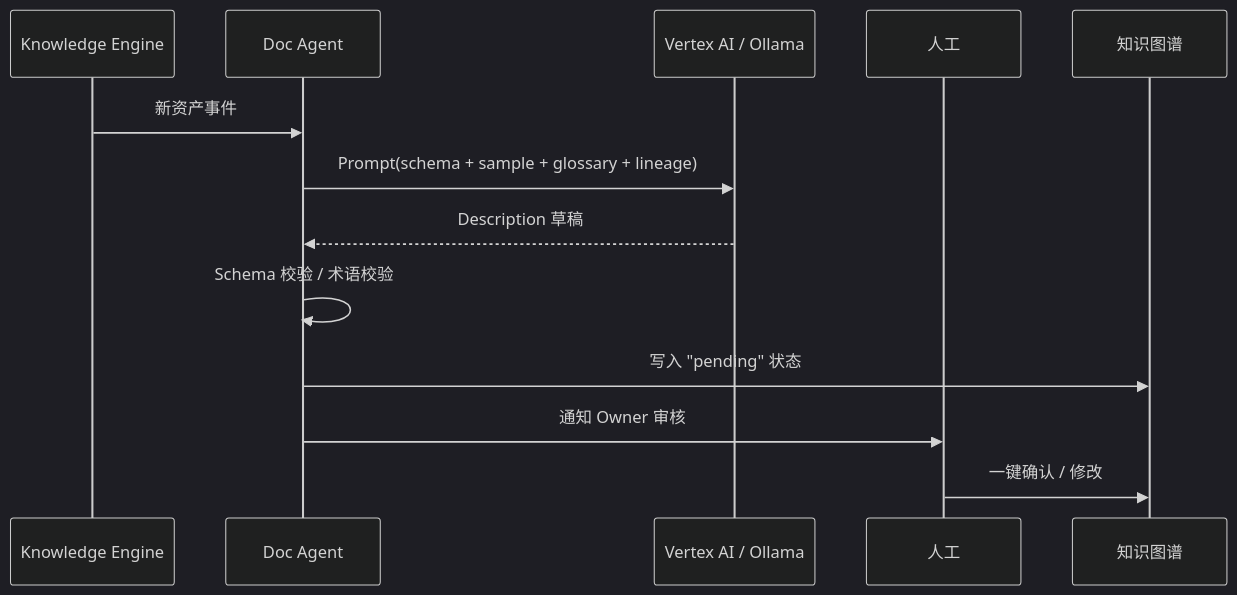
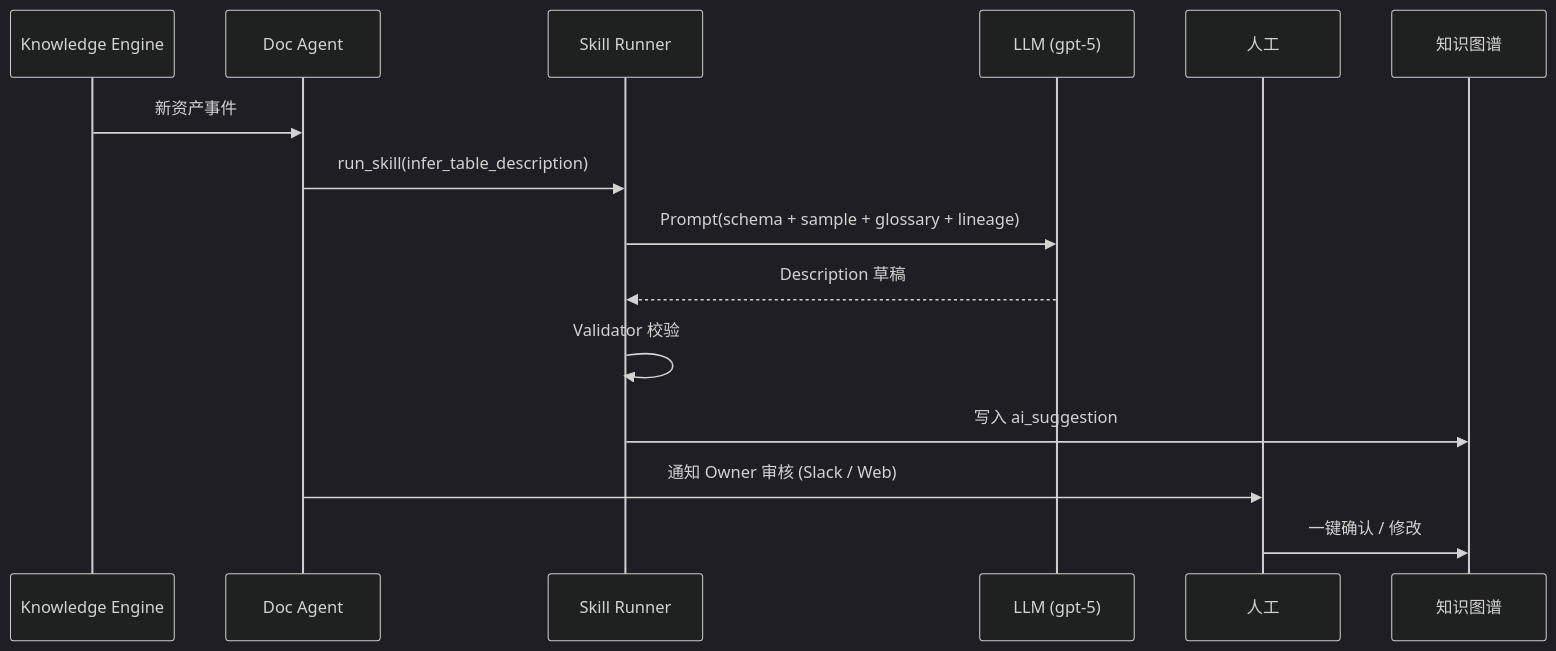
The third of 10 diagrams in docs/design/ai-driven-design.md (gavenlv/idm), drawn with Mermaid (dark theme) before and after one commit. The commit also changed other lines of this file and 92 other files, not shown here.

````diff
--- a/docs/design/ai-driven-design.md
+++ b/docs/design/ai-driven-design.md
@@ -117,16 +141,18 @@
 ```mermaid
 sequenceDiagram
     participant KE as Knowledge Engine
     participant A as Doc Agent
-    participant V as Vertex AI / Ollama
+    participant SK as Skill Runner
+    participant L as LLM (gpt-5)
     participant H as 人工
     participant KG as 知识图谱
 
     KE->>A: 新资产事件
-    A->>V: Prompt(schema + sample + glossary + lineage)
-    V-->>A: Description 草稿
-    A->>A: Schema 校验 / 术语校验
-    A->>KG: 写入 "pending" 状态
-    A->>H: 通知 Owner 审核
+    A->>SK: run_skill(infer_table_description)
+    SK->>L: Prompt(schema + sample + glossary + lineage)
+    L-->>SK: Description 草稿
+    SK->>SK: Validator 校验
+    SK->>KG: 写入 ai_suggestion
+    A->>H: 通知 Owner 审核 (Slack / Web)
     H->>KG: 一键确认 / 修改
 ```
````
